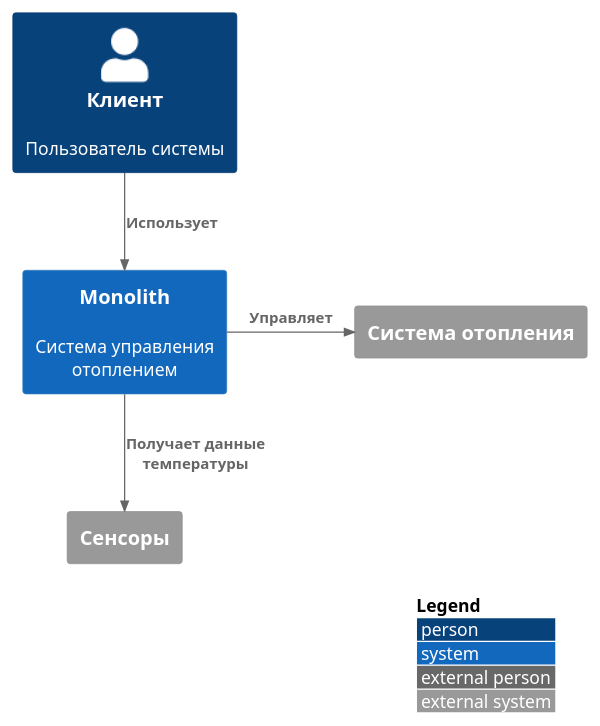
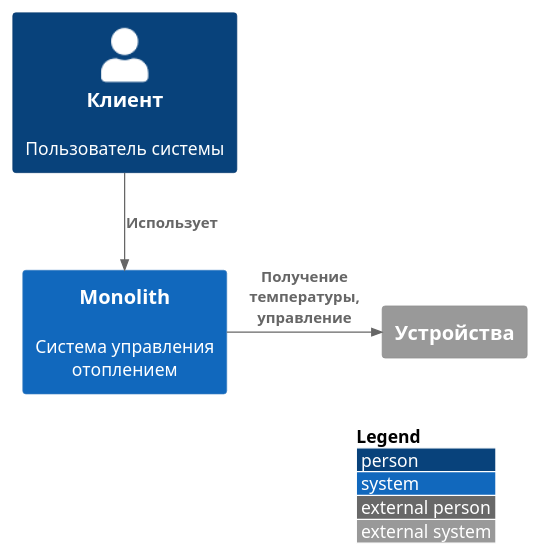
Before and after one commit to ayrat404/yp-architecture-sprint-3: the diagram in diagrams/context/Heating_Monolith_Context.puml, drawn with PlantUML. The commit also changed 7 other files, not shown here.

```diff
--- a/diagrams/context/Heating_Monolith_Context.puml
+++ b/diagrams/context/Heating_Monolith_Context.puml
@@ -1,16 +1,14 @@
 @startuml
 
 !include https://raw.githubusercontent.com/plantuml-stdlib/C4-PlantUML/refs/heads/master/C4_Context.puml
 
 LAYOUT_WITH_LEGEND()
 
 Person(user, "Клиент", "Пользователь системы")
 System(system, "Monolith", "Система управления отоплением")
-System_Ext(sensors, "Сенсоры")
-System_Ext(heatingSystem, "Система отопления")
+System_Ext(devices, "Устройства")
 
 Rel(user, system, "Использует")
-Rel(system, sensors, "Получает данные температуры")
-Rel_R(system, heatingSystem, "Управляет")
+Rel_R(system, devices, "Получение температуры, управление")
 
 @enduml
```
